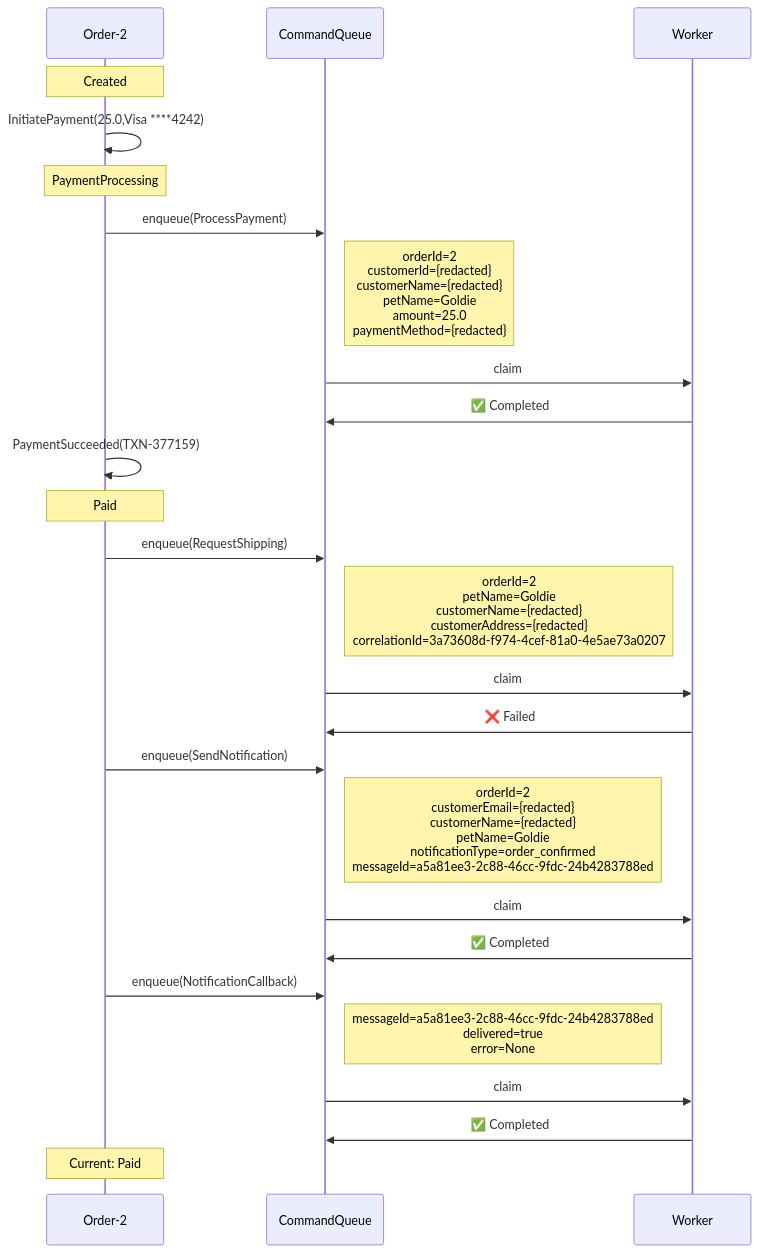
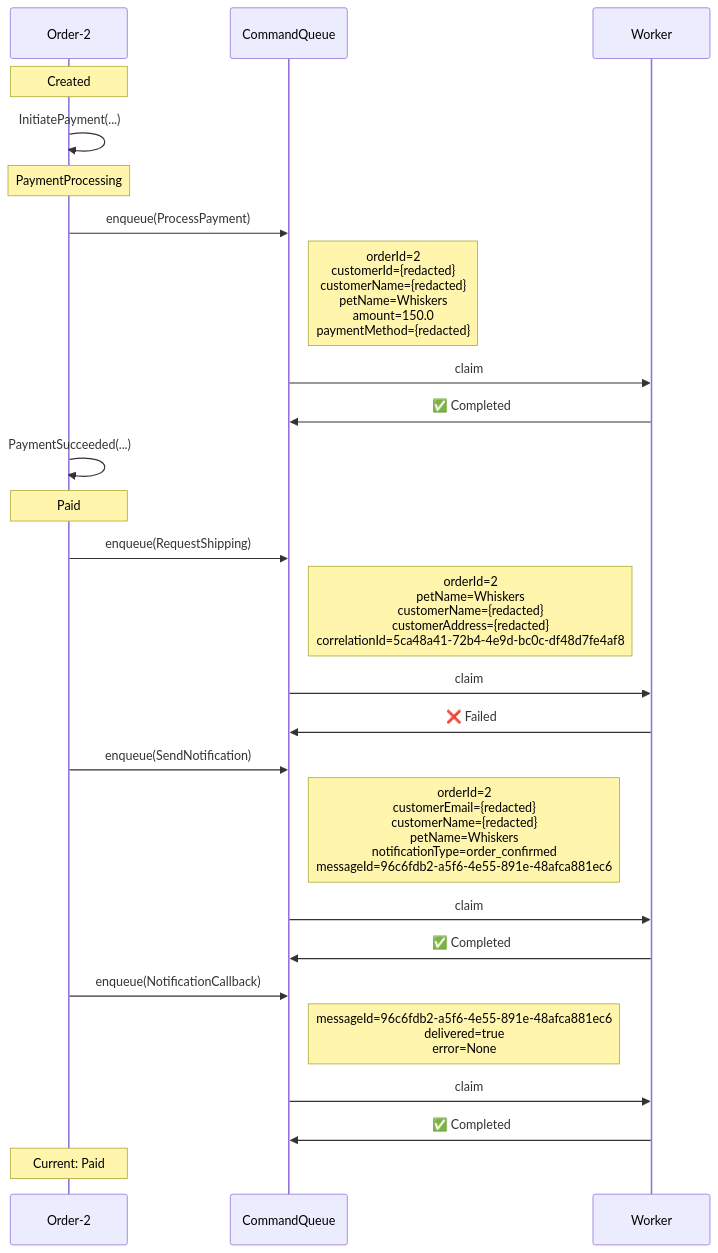
One commit to Iterable/mechanoid changed the first of 3 diagrams in docs/visualizations/order-2-trace.md. Above: the diagram before and after it, drawn with Mermaid. The commit also changed other lines of this file and 52 other files, not shown here.

````diff
--- a/docs/visualizations/order-2-trace.md
+++ b/docs/visualizations/order-2-trace.md
@@ -12,30 +12,30 @@
 ```mermaid
 %%{init: {'themeCSS': '.noteText { text-align: left !important; }'}}%%
 sequenceDiagram
     participant FSM as Order-2
     participant CQ as CommandQueue
     participant W as Worker
 
     Note over FSM: Created
-    FSM->>FSM: InitiatePayment(25.0,Visa ****4242)
+    FSM->>FSM: InitiatePayment(...)
     Note over FSM: PaymentProcessing
     FSM->>CQ: enqueue(ProcessPayment)
-    Note right of CQ: orderId=2<br/>customerId={redacted}<br/>customerName={redacted}<br/>petName=Goldie<br/>amount=25.0<br/>paymentMethod={redacted}
+    Note right of CQ: orderId=2<br/>customerId={redacted}<br/>customerName={redacted}<br/>petName=Whiskers<br/>amount=150.0<br/>paymentMethod={redacted}
     CQ->>W: claim
     W->>CQ: ✅ Completed
-    FSM->>FSM: PaymentSucceeded(TXN-377159)
+    FSM->>FSM: PaymentSucceeded(...)
     Note over FSM: Paid
     FSM->>CQ: enqueue(RequestShipping)
-    Note right of CQ: orderId=2<br/>petName=Goldie<br/>customerName={redacted}<br/>customerAddress={redacted}<br/>correlationId=3a73608d-f974-4cef-81a0-4e5ae73a0207
+    Note right of CQ: orderId=2<br/>petName=Whiskers<br/>customerName={redacted}<br/>customerAddress={redacted}<br/>correlationId=5ca48a41-72b4-4e9d-bc0c-df48d7fe4af8
     CQ->>W: claim
     W->>CQ: ❌ Failed
     FSM->>CQ: enqueue(SendNotification)
-    Note right of CQ: orderId=2<br/>customerEmail={redacted}<br/>customerName={redacted}<br/>petName=Goldie<br/>notificationType=order_confirmed<br/>messageId=a5a81ee3-2c88-46cc-9fdc-24b4283788ed
+    Note right of CQ: orderId=2<br/>customerEmail={redacted}<br/>customerName={redacted}<br/>petName=Whiskers<br/>notificationType=order_confirmed<br/>messageId=96c6fdb2-a5f6-4e55-891e-48afca881ec6
     CQ->>W: claim
     W->>CQ: ✅ Completed
     FSM->>CQ: enqueue(NotificationCallback)
-    Note right of CQ: messageId=a5a81ee3-2c88-46cc-9fdc-24b4283788ed<br/>delivered=true<br/>error=None
+    Note right of CQ: messageId=96c6fdb2-a5f6-4e55-891e-48afca881ec6<br/>delivered=true<br/>error=None
     CQ->>W: claim
     W->>CQ: ✅ Completed
     Note over FSM: Current: Paid
 ```
````
